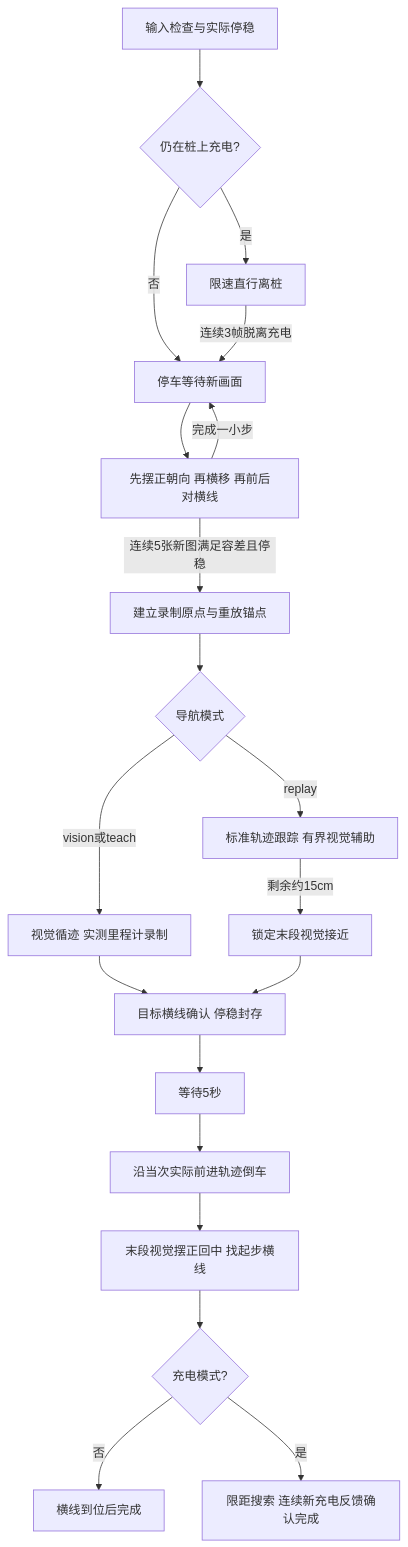
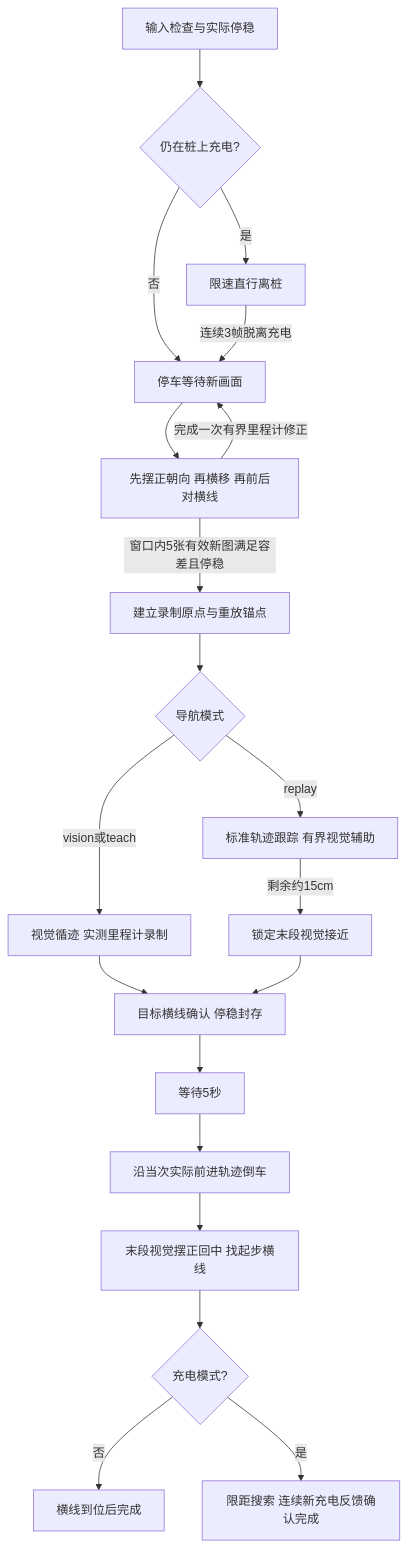
One commit to MING-04-c/robot_and_chassis_control changed the diagram in ros_ws/docs/tasks/CHASSIS_NAVIGATION_LOGIC.md. Above: the diagram before and after it, drawn with Mermaid. The commit also changed other lines of this file and 67 other files, not shown here.

````diff
--- a/ros_ws/docs/tasks/CHASSIS_NAVIGATION_LOGIC.md
+++ b/ros_ws/docs/tasks/CHASSIS_NAVIGATION_LOGIC.md
@@ -8,22 +8,22 @@
 ```mermaid
 flowchart TD
     A[输入检查与实际停稳] --> B{仍在桩上充电?}
     B -->|是| C[限速直行离桩]
     B -->|否| D[停车等待新画面]
     C -->|连续3帧脱离充电| D
     D --> E[先摆正朝向 再横移 再前后对横线]
-    E -->|完成一小步| D
-    E -->|连续5张新图满足容差且停稳| F[建立录制原点与重放锚点]
+    E -->|完成一次有界里程计修正| D
+    E -->|窗口内5张有效新图满足容差且停稳| F[建立录制原点与重放锚点]
     F --> G{导航模式}
     G -->|vision或teach| H[视觉循迹 实测里程计录制]
     G -->|replay| I[标准轨迹跟踪 有界视觉辅助]
     I -->|剩余约15cm| J[锁定末段视觉接近]
     H --> K[目标横线确认 停稳封存]
     J --> K
     K --> L[等待5秒]
     L --> M[沿当次实际前进轨迹倒车]
     M --> N[末段视觉摆正回中 找起步横线]
     N --> O{充电模式?}
     O -->|否| P[横线到位后完成]
     O -->|是| Q[限距搜索 连续新充电反馈确认完成]
 ```
````
